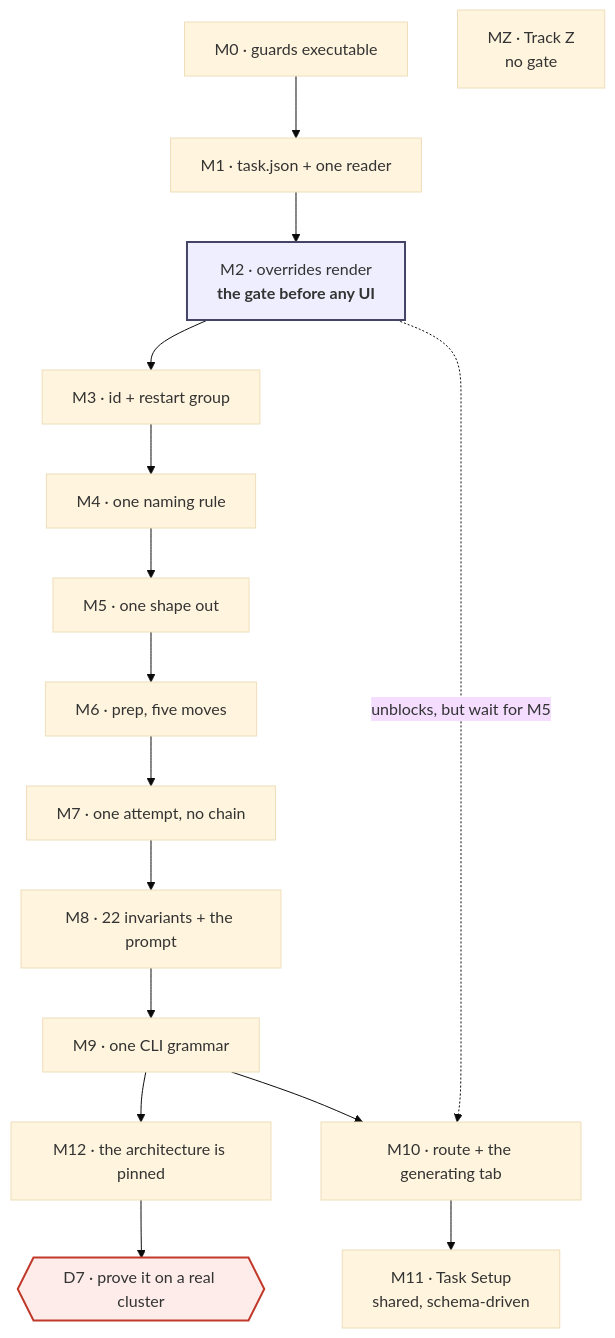
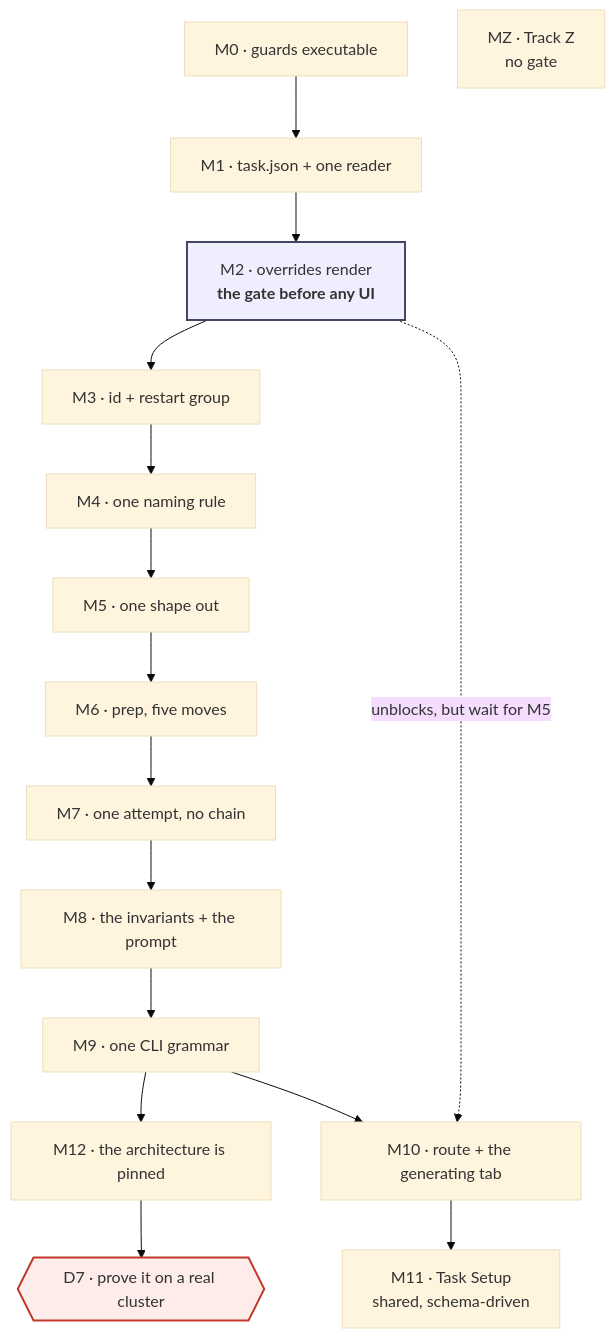
Before and after one commit to Qing-LAB/molbuilder: the second of 2 diagrams in docs/execution/staged-runs-implementation-plan.md, drawn with Mermaid (base theme). The commit also changed other lines of this file, not shown here.

````diff
--- a/docs/execution/staged-runs-implementation-plan.md
+++ b/docs/execution/staged-runs-implementation-plan.md
@@ -2356,19 +2359,19 @@
 ```mermaid
 flowchart TB
     M0["M0 · guards executable"] --> M1["M1 · task.json + one reader"]
     M1 --> M2["M2 · overrides render<br/><b>the gate before any UI</b>"]
     M2 --> M3["M3 · id + restart group"]
     M3 --> M4["M4 · one naming rule"]
     M4 --> M5["M5 · one shape out"]
     M5 --> M6["M6 · prep, five moves"]
     M6 --> M7["M7 · one attempt, no chain"]
-    M7 --> M8["M8 · 22 invariants + the prompt"]
+    M7 --> M8["M8 · the invariants + the prompt"]
     M8 --> M9["M9 · one CLI grammar"]
     M9 --> M12["M12 · the architecture is pinned"]
     M12 --> D7{{"D7 · prove it on a real cluster"}}
     M2 -. "unblocks, but wait for M5" .-> M10["M10 · route + the generating tab"]
     M9 --> M10 --> M11["M11 · Task Setup<br/>shared, schema-driven"]
     MZ["MZ · Track Z<br/>no gate"]
     style M2 fill:#eef,stroke:#446,stroke-width:2px
     style D7 fill:#fdecea,stroke:#c0392b,stroke-width:2px
 ```
````
